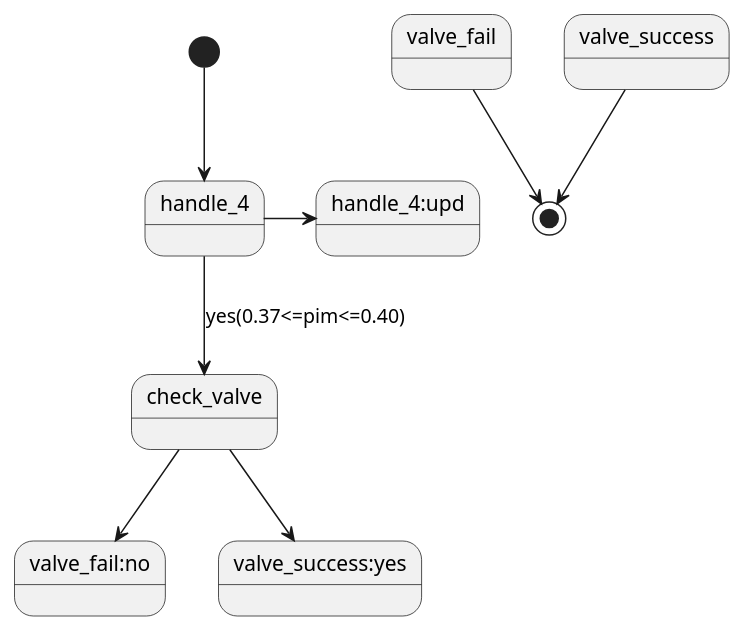
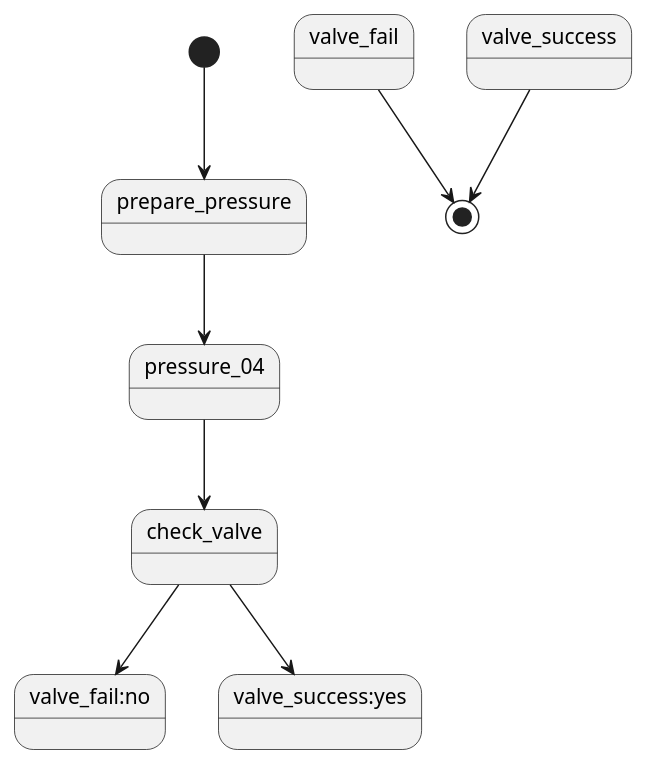
Before and after one commit to Alser69rus/A3135: the diagram in uml/ku 215/valve.puml, drawn with PlantUML. The commit also changed 9 other files, not shown here.

Commit message:
uml для КУ

```diff
--- a/uml/ku 215/valve.puml
+++ b/uml/ku 215/valve.puml
@@ -1,9 +1,9 @@
 @startuml
-[*]-->handle_4
-handle_4->handle_4:upd
-handle_4-->check_valve:yes(0.37<=pim<=0.40)
+[*]-->prepare_pressure
+prepare_pressure-->pressure_04
+pressure_04-->check_valve
 check_valve-->valve_fail:no
 check_valve-->valve_success:yes
 valve_fail-->[*]
 valve_success-->[*]
 @enduml
```
